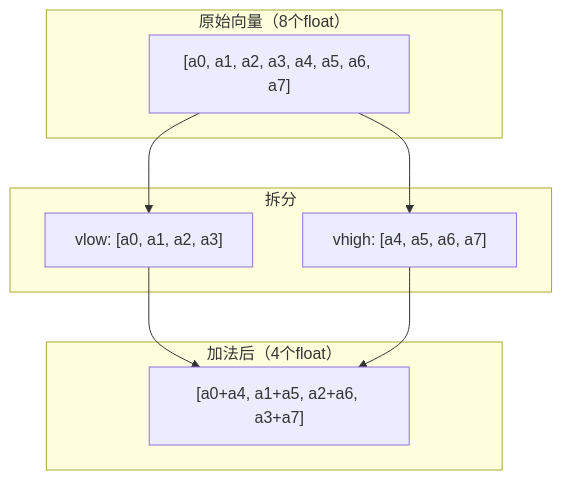
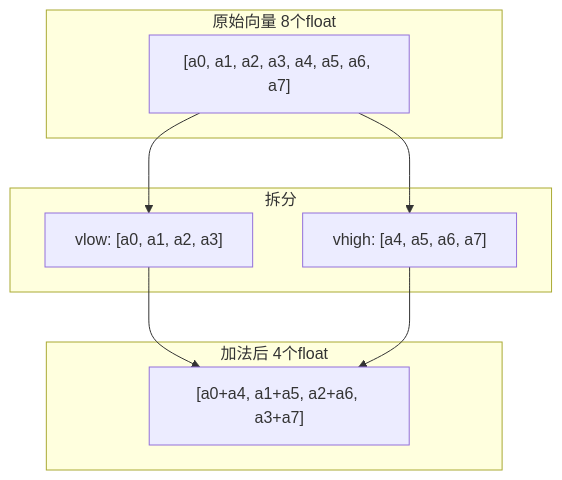
One commit to jpixy/jpixy.github.io changed the second of 5 diagrams in content/articles/hft/hft-36-HFT笔试题-SIMD与向量化.md. Above: the diagram before and after it, drawn with Mermaid. The commit also changed 66 other files, not shown here.

Commit message:
fix: resolve Mermaid syntax errors by removing parentheses in node labels

````diff
--- a/content/articles/hft/hft-36-HFT笔试题-SIMD与向量化.md
+++ b/content/articles/hft/hft-36-HFT笔试题-SIMD与向量化.md
@@ -331,17 +331,17 @@
 ```mermaid
 graph TB
-    subgraph 原始["原始向量（8个float）"]
+    subgraph 原始["原始向量 8个float"]
         V["[a0, a1, a2, a3, a4, a5, a6, a7]"]
     end
     subgraph 拆分["拆分"]
         VL["vlow: [a0, a1, a2, a3]"]
         VH["vhigh: [a4, a5, a6, a7]"]
     end
-    subgraph 结果["加法后（4个float）"]
+    subgraph 结果["加法后 4个float"]
         R["[a0+a4, a1+a5, a2+a6, a3+a7]"]
     end
     V --> VL
     V --> VH
     VL --> R
     VH --> R
 ```
````
